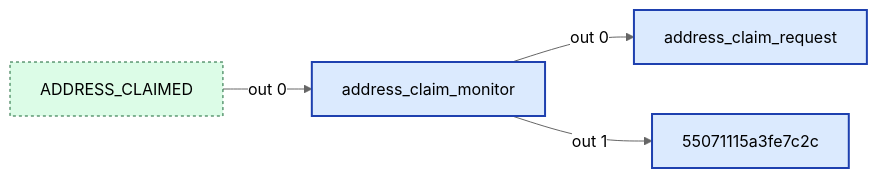
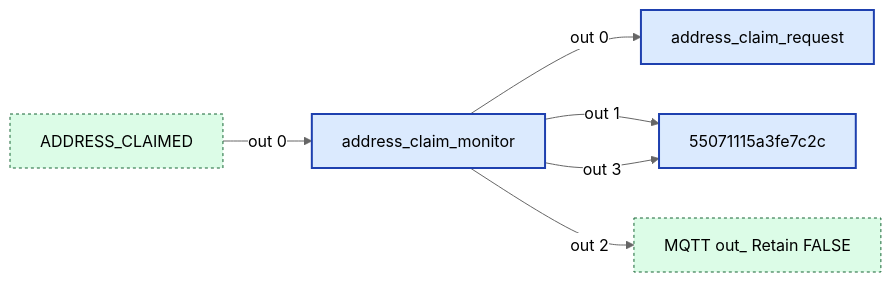
One commit to Backroads4Me/librecoach-node-red changed the first of 31 diagrams in src/wiring/config.md. Above: the diagram before and after it, drawn with Mermaid (neutral theme). The commit also changed other lines of this file and 10 other files, not shown here.

````diff
--- a/src/wiring/config.md
+++ b/src/wiring/config.md
@@ -24,16 +24,19 @@
 ```mermaid
 flowchart LR
   classDef fn fill:#dbeafe,stroke:#1e40af,stroke-width:2px
   classDef ui fill:#ede9fe,stroke:#5b21b6,stroke-width:2px
   classDef sub fill:#fef3c7,stroke:#92400e,stroke-width:2px
   classDef link fill:#dcfce7,stroke:#166534,stroke-width:1px,stroke-dasharray:3 3
   classDef config fill:#f3f4f6,stroke:#6b7280,stroke-width:1px,stroke-dasharray:2 2
   classDef disabled opacity:0.5,stroke-dasharray:4 4
   n_4e46ba83df00["address_claim_monitor"]:::fn
   n_55071115a3fe["55071115a3fe7c2c"]:::fn
+  n_a2334b77d376["MQTT out_ Retain FALSE"]:::link
   n_b846bc1605da["address_claim_request"]:::fn
   n_f01db5ebc3ae["ADDRESS_CLAIMED"]:::link
   n_4e46ba83df00 -->|out 0| n_b846bc1605da
   n_4e46ba83df00 -->|out 1| n_55071115a3fe
+  n_4e46ba83df00 -->|out 2| n_a2334b77d376
+  n_4e46ba83df00 -->|out 3| n_55071115a3fe
   n_f01db5ebc3ae -->|out 0| n_4e46ba83df00
 ```
````
